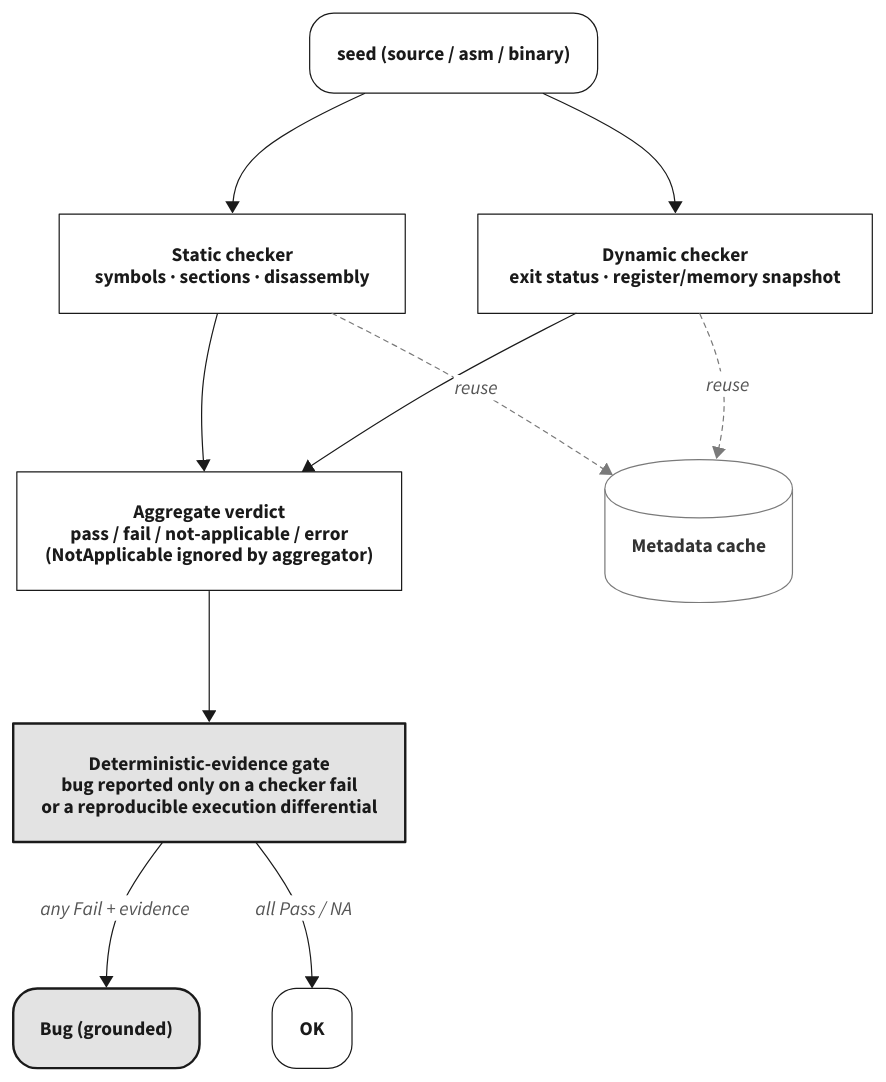
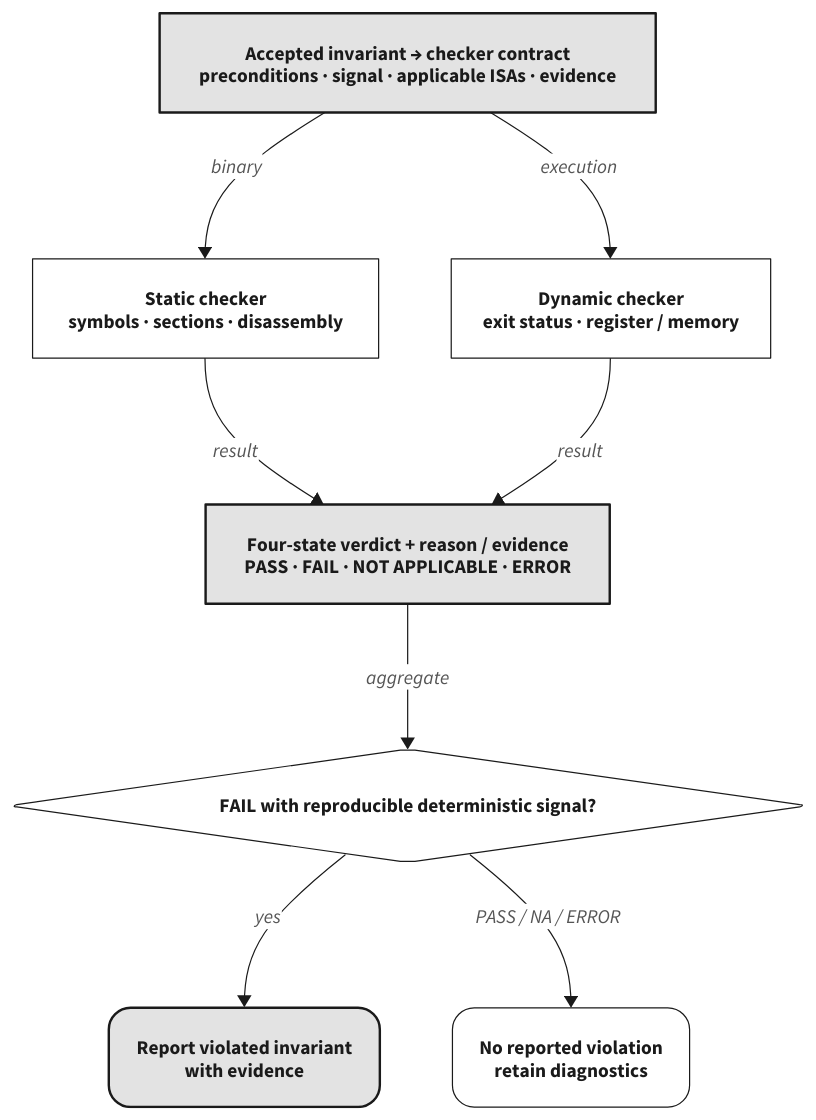
One commit to zjy-dev/de-fuzz changed the diagram in docs/paper/figures/src/oracle-flow.d2. Above: the diagram before and after it, drawn with D2. The commit also changed 20 other files, not shown here.

```diff
--- a/docs/paper/figures/src/oracle-flow.d2
+++ b/docs/paper/figures/src/oracle-flow.d2
@@ -1,37 +1,27 @@
-# Fig: invariant -> verdict oracle flow (academic monochrome)
+# Fig: invariant -> checker -> grounded verdict (academic monochrome)
 # render: d2 --theme=0 --pad=8 oracle-flow.d2 ../oracle-flow.svg
 
 classes: {
-  io:    { style: { fill: white; stroke: "#1A1A1A"; stroke-width: 1; font-color: "#1A1A1A" } }
   node:  { style: { fill: white; stroke: "#1A1A1A"; stroke-width: 1; font-color: "#1A1A1A" } }
-  gate:  { style: { fill: "#E3E3E3"; stroke: "#1A1A1A"; stroke-width: 2; font-color: "#1A1A1A" } }
-  term:  { style: { fill: white; stroke: "#1A1A1A"; stroke-width: 1; font-color: "#1A1A1A"; border-radius: 20 } }
-  termE: { style: { fill: "#E3E3E3"; stroke: "#1A1A1A"; stroke-width: 2; font-color: "#1A1A1A"; border-radius: 20 } }
-  store: { style: { fill: white; stroke: "#7A7A7A"; stroke-width: 1; font-color: "#333333" } }
+  key:   { style: { fill: "#E3E3E3"; stroke: "#1A1A1A"; stroke-width: 2; font-color: "#1A1A1A" } }
+  term:  { style: { fill: white; stroke: "#1A1A1A"; stroke-width: 1; font-color: "#1A1A1A"; border-radius: 18 } }
+  termE: { style: { fill: "#E3E3E3"; stroke: "#1A1A1A"; stroke-width: 2; font-color: "#1A1A1A"; border-radius: 18 } }
 }
 
 direction: down
 
-start: "seed (source / asm / binary)" { class: term }
+contract: "Accepted invariant → checker contract\npreconditions · signal · applicable ISAs · evidence" { class: key }
+static: "Static checker\nsymbols · sections · disassembly" { class: node }
+dynamic: "Dynamic checker\nexit status · register / memory" { class: node }
+verdict: "Four-state verdict + reason / evidence\nPASS · FAIL · NOT APPLICABLE · ERROR" { class: key }
+gate: "FAIL with reproducible deterministic signal?" { class: node; shape: diamond }
+bug: "Report violated invariant\nwith evidence" { class: termE }
+ok: "No reported violation\nretain diagnostics" { class: term }
 
-static:  "Static checker\nsymbols · sections · disassembly" { class: node }
-dynamic: "Dynamic checker\nexit status · register/memory snapshot" { class: node }
-
-verdict: "Aggregate verdict\npass / fail / not-applicable / error\n(NotApplicable ignored by aggregator)" { class: node }
-
-gate: "Deterministic-evidence gate\nbug reported only on a checker fail\nor a reproducible execution differential" { class: gate }
-
-bug:   "Bug (grounded)" { class: termE }
-ok:    "OK" { class: term }
-
-cache: "Metadata cache" { class: store; shape: cylinder }
-
-start -> static: "" { style: { stroke: "#1A1A1A"; stroke-width: 1 } }
-start -> dynamic: "" { style: { stroke: "#1A1A1A"; stroke-width: 1 } }
-static -> verdict: "" { style: { stroke: "#1A1A1A"; stroke-width: 1 } }
-dynamic -> verdict: "" { style: { stroke: "#1A1A1A"; stroke-width: 1 } }
-verdict -> gate: "" { style: { stroke: "#1A1A1A"; stroke-width: 1 } }
-gate -> bug: "any Fail + evidence" { style: { stroke: "#1A1A1A"; stroke-width: 1; font-color: "#555555" } }
-gate -> ok: "all Pass / NA" { style: { stroke: "#1A1A1A"; stroke-width: 1; font-color: "#555555" } }
-static -> cache: "reuse" { style: { stroke: "#7A7A7A"; stroke-width: 1; stroke-dash: 4; font-color: "#555555" } }
-dynamic -> cache: "reuse" { style: { stroke: "#7A7A7A"; stroke-width: 1; stroke-dash: 4; font-color: "#555555" } }
+contract -> static: "binary" { style: { stroke: "#1A1A1A"; stroke-width: 1; font-color: "#555555" } }
+contract -> dynamic: "execution" { style: { stroke: "#1A1A1A"; stroke-width: 1; font-color: "#555555" } }
+static -> verdict: "result" { style: { stroke: "#1A1A1A"; stroke-width: 1; font-color: "#555555" } }
+dynamic -> verdict: "result" { style: { stroke: "#1A1A1A"; stroke-width: 1; font-color: "#555555" } }
+verdict -> gate: "aggregate" { style: { stroke: "#1A1A1A"; stroke-width: 1; font-color: "#555555" } }
+gate -> bug: "yes" { style: { stroke: "#1A1A1A"; stroke-width: 1; font-color: "#555555" } }
+gate -> ok: "PASS / NA / ERROR" { style: { stroke: "#1A1A1A"; stroke-width: 1; font-color: "#555555" } }
```
